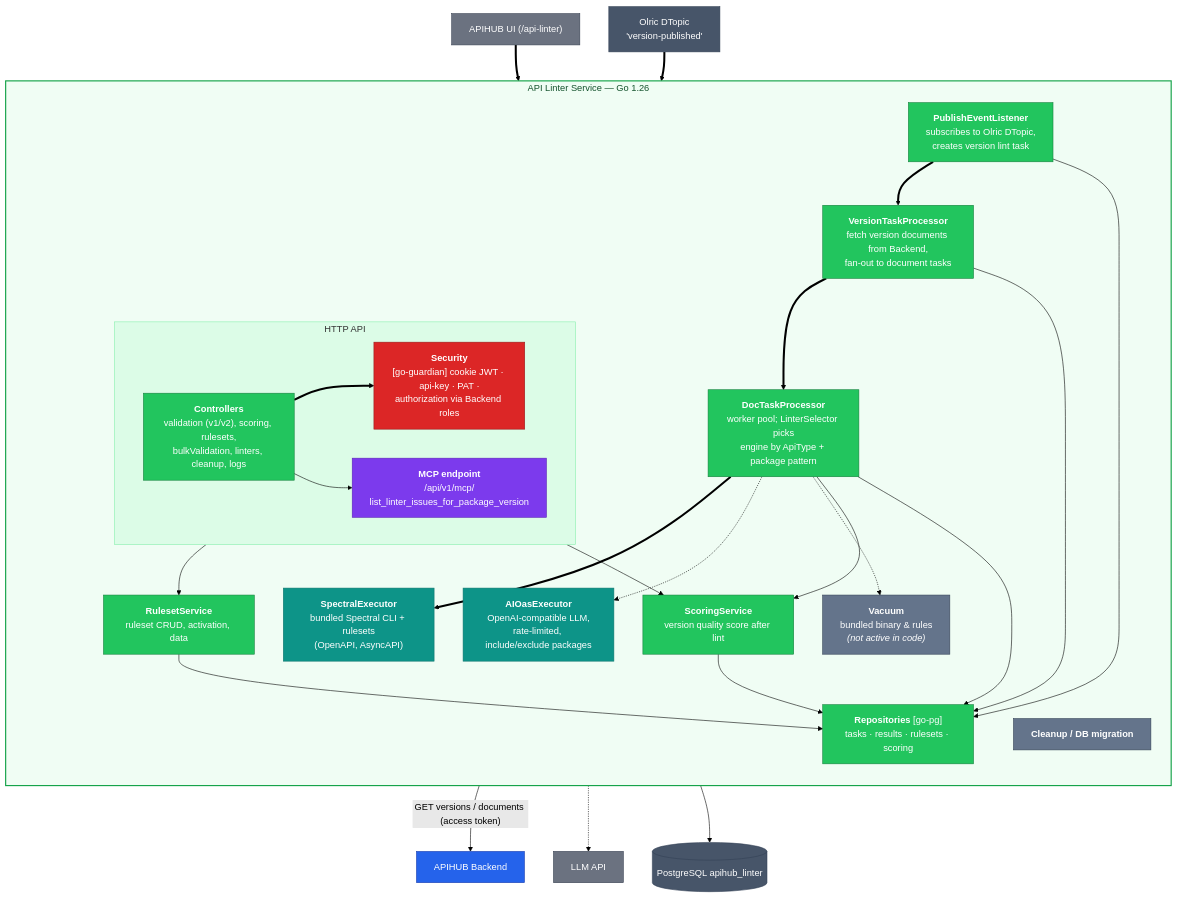
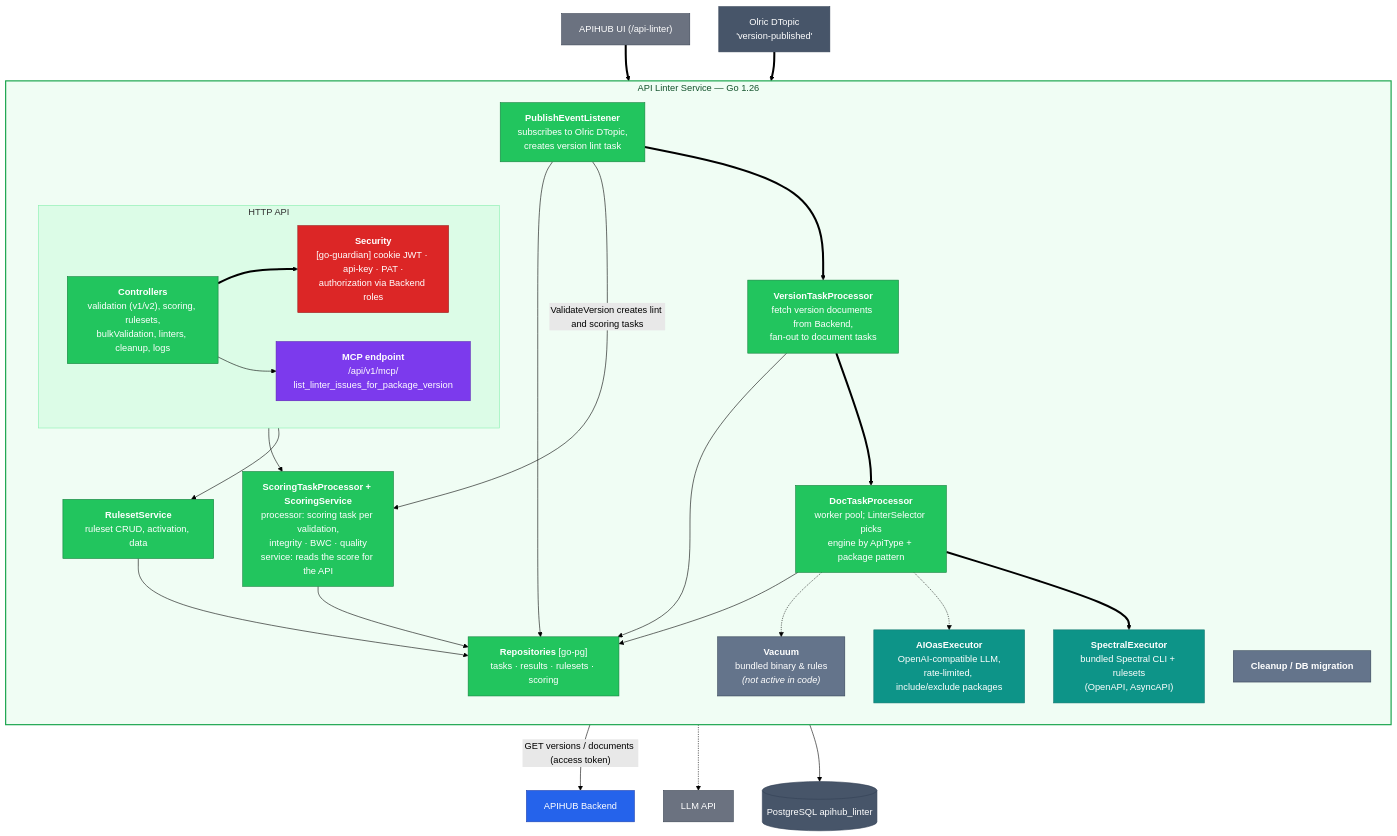
Before and after one commit to Netcracker/qubership-apihub: the sixth of 26 diagrams in tools/architecture-model/c4/APIHUB_C4_architecture.md, drawn with Mermaid (forest theme). The commit also changed other lines of this file and 28 other files, not shown here.

Commit message:
feat(linter): run version scoring as a separate task process

````diff
--- a/tools/architecture-model/c4/APIHUB_C4_architecture.md
+++ b/tools/architecture-model/c4/APIHUB_C4_architecture.md
@@ -428,51 +428,51 @@
 ```mermaid
 flowchart TB
     ui["APIHUB UI (/api-linter)"]:::ext
     be["APIHUB Backend"]:::core
     olric["Olric DTopic<br/>'version-published'"]:::datastore
 
     subgraph lint ["API Linter Service — Go 1.26"]
         direction TB
         subgraph api ["HTTP API"]
             direction LR
             ctl["<b>Controllers</b><br/>validation (v1/v2), scoring, rulesets,<br/>bulkValidation, linters, cleanup, logs"]:::comp
             security["<b>Security</b><br/>[go-guardian] cookie JWT · api-key · PAT ·<br/>authorization via Backend roles"]:::comp_red
             mcp["<b>MCP endpoint</b><br/>/api/v1/mcp/<br/>list_linter_issues_for_package_version"]:::comp_purple
         end
         listener["<b>PublishEventListener</b><br/>subscribes to Olric DTopic,<br/>creates version lint task"]:::comp
         vtask["<b>VersionTaskProcessor</b><br/>fetch version documents from Backend,<br/>fan-out to document tasks"]:::comp
         dtask["<b>DocTaskProcessor</b><br/>worker pool; LinterSelector picks<br/>engine by ApiType + package pattern"]:::comp
         spectral["<b>SpectralExecutor</b><br/>bundled Spectral CLI + rulesets<br/>(OpenAPI, AsyncAPI)"]:::comp_teal
         aiexec["<b>AIOasExecutor</b><br/>OpenAI-compatible LLM,<br/>rate-limited, include/exclude packages"]:::comp_teal
         vacuum["<b>Vacuum</b><br/>bundled binary &amp; rules<br/><i>(not active in code)</i>"]:::comp_gray
-        scoring["<b>ScoringService</b><br/>version quality score after lint"]:::comp
+        scoring["<b>ScoringTaskProcessor + ScoringService</b><br/>processor: scoring task per validation,<br/>integrity · BWC · quality<br/>service: reads the score for the API"]:::comp
         rulesets["<b>RulesetService</b><br/>ruleset CRUD, activation, data"]:::comp
         cleanup["<b>Cleanup / DB migration</b>"]:::comp_gray
         repo["<b>Repositories</b> [go-pg]<br/>tasks · results · rulesets · scoring"]:::comp
     end
 
     pgl[("PostgreSQL apihub_linter")]:::datastore
     llm["LLM API"]:::ext
 
     ui ==> ctl ==> security
     olric ==> listener ==> vtask ==> dtask
     vtask -- "GET versions / documents (access token)" --> be
     dtask ==> spectral
     dtask -.-> aiexec -.-> llm
     dtask -.-> vacuum
-    dtask --> scoring
+    listener -- "ValidateVersion creates lint and scoring tasks" --> scoring
     ctl --> rulesets & scoring
     listener & vtask & dtask & scoring & rulesets --> repo --> pgl
     ctl --> mcp
 
     classDef ext fill:#6b7280,stroke:#374151,color:#fff
     classDef core fill:#2563eb,stroke:#1e40af,color:#fff
     classDef comp fill:#22c55e,stroke:#15803d,color:#fff,stroke-width:1px
     classDef comp_red fill:#dc2626,stroke:#991b1b,color:#fff,stroke-width:1px
     classDef comp_purple fill:#7c3aed,stroke:#5b21b6,color:#fff,stroke-width:1px
     classDef comp_teal fill:#0d9488,stroke:#0f766e,color:#fff,stroke-width:1px
     classDef comp_gray fill:#64748b,stroke:#334155,color:#fff,stroke-width:1px
     classDef datastore fill:#475569,stroke:#334155,color:#fff
     style lint fill:#f0fdf4,stroke:#16a34a,stroke-width:2px,color:#14532d
     style api fill:#dcfce7,stroke:#86efac
 ```
````
